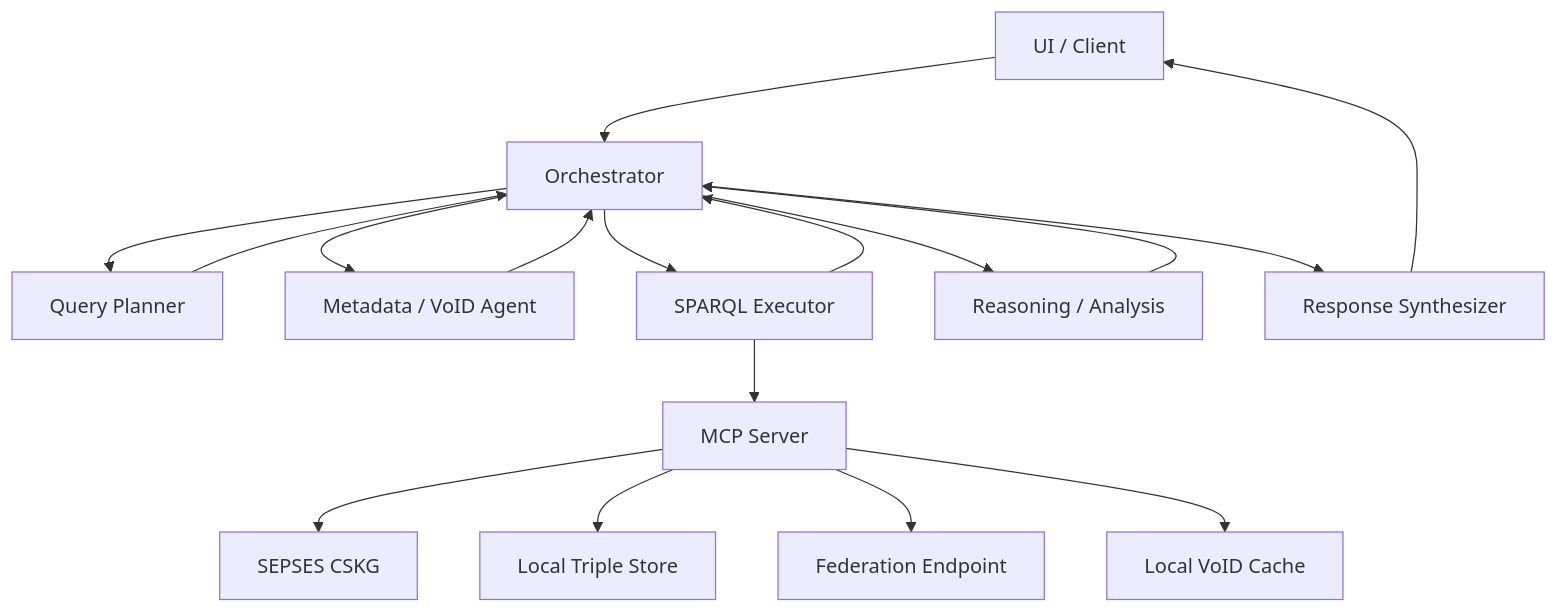
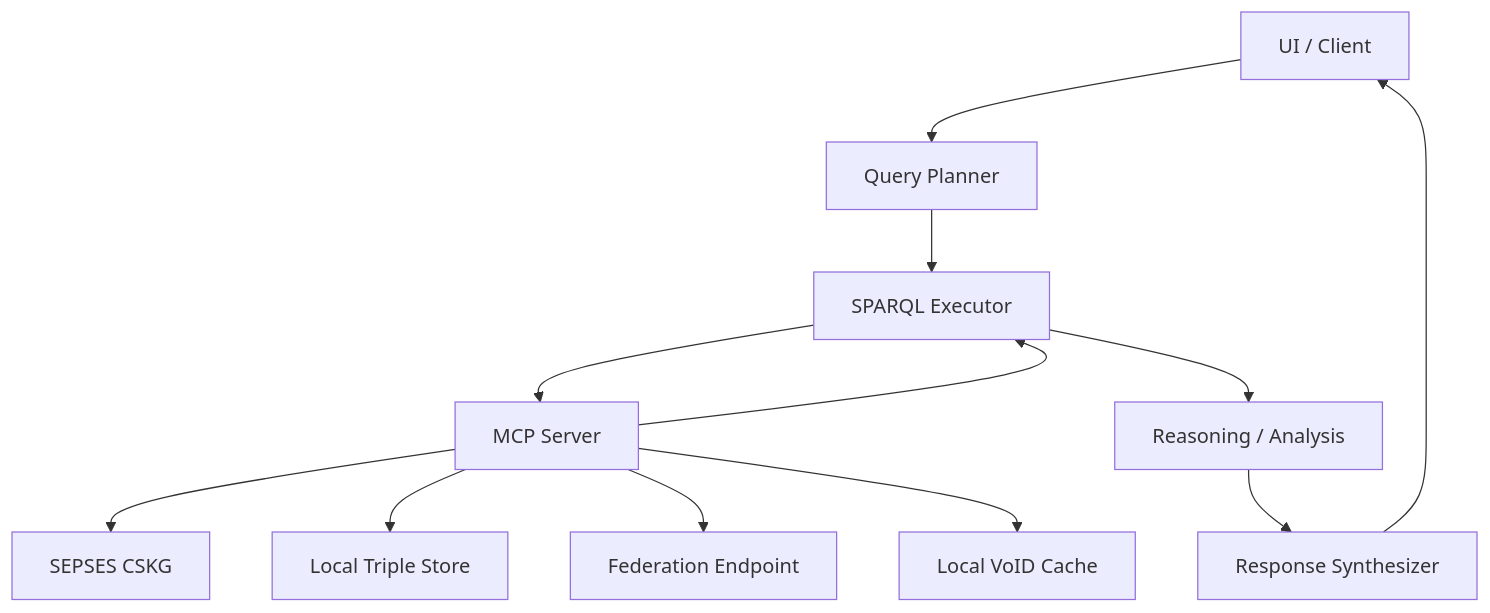
One commit to Software-Engineering-2026-Class/SPARQL-MCP-Kel-2 changed the first of 2 diagrams in ARCHITECTURE.md. Above: the diagram before and after it, drawn with Mermaid. The commit also changed other lines of this file, not shown here.

````diff
--- a/ARCHITECTURE.md
+++ b/ARCHITECTURE.md
@@ -68,19 +61,14 @@
 ```mermaid
 flowchart TB
-  UI[UI / Client] --> ORC[Orchestrator]
-  ORC --> PLAN[Query Planner]
-  ORC --> META[Metadata / VoID Agent]
-  PLAN --> ORC
-  META --> ORC
-  ORC --> EXEC[SPARQL Executor]
+  UI[UI / Client] --> PLAN[Query Planner]
+  PLAN --> EXEC[SPARQL Executor]
   EXEC --> MCP[MCP Server]
   MCP --> SEPSES[SEPSES CSKG]
   MCP --> LOCAL[Local Triple Store]
   MCP --> FED[Federation Endpoint]
   MCP --> VOID[Local VoID Cache]
-  EXEC --> ORC
-  ORC --> REAS[Reasoning / Analysis]
-  REAS --> ORC
-  ORC --> SYN[Response Synthesizer]
+  MCP --> EXEC
+  EXEC --> REAS[Reasoning / Analysis]
+  REAS --> SYN[Response Synthesizer]
   SYN --> UI
 ```
````
